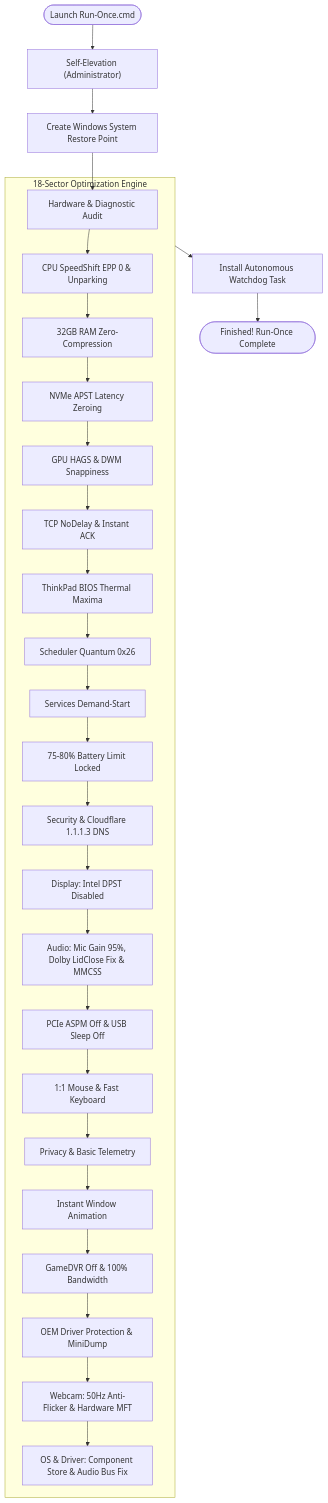
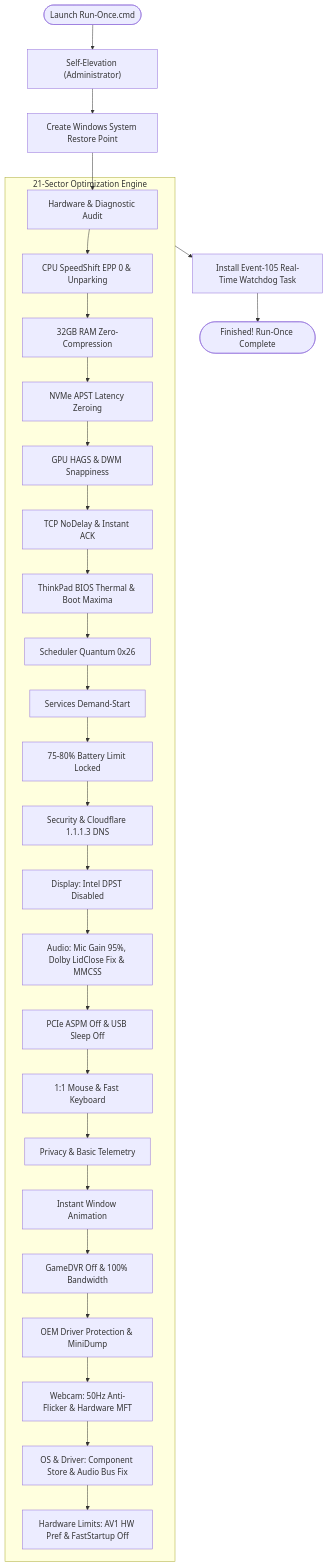
One commit to ShoumikBalaSomu/Device-Base-Optimization changed the first of 2 diagrams in README.md. Above: the diagram before and after it, drawn with Mermaid. The commit also changed other lines of this file, not shown here.

Commit message:
docs: Update central README matrix, flowchart and 21-sector breakdown

````diff
--- a/README.md
+++ b/README.md
@@ -61,32 +52,33 @@
 ```mermaid
 flowchart TD
     Start(["Launch Run-Once.cmd"]) --> UAC["Self-Elevation (Administrator)"]
     UAC --> Restore["Create Windows System Restore Point"]
     Restore --> Audit["Hardware & Diagnostic Audit"]
     
-    subgraph Execution ["18-Sector Optimization Engine"]
+    subgraph Execution ["21-Sector Optimization Engine"]
         Audit --> S1["CPU SpeedShift EPP 0 & Unparking"]
         S1 --> S2["32GB RAM Zero-Compression"]
         S2 --> S3["NVMe APST Latency Zeroing"]
         S3 --> S4["GPU HAGS & DWM Snappiness"]
         S4 --> S5["TCP NoDelay & Instant ACK"]
-        S5 --> S6["ThinkPad BIOS Thermal Maxima"]
+        S5 --> S6["ThinkPad BIOS Thermal & Boot Maxima"]
         S6 --> S7["Scheduler Quantum 0x26"]
         S7 --> S8["Services Demand-Start"]
         S8 --> S9["75-80% Battery Limit Locked"]
         S9 --> S10["Security & Cloudflare 1.1.1.3 DNS"]
         S10 --> S11["Display: Intel DPST Disabled"]
         S11 --> S12["Audio: Mic Gain 95%, Dolby LidClose Fix & MMCSS"]
         S12 --> S13["PCIe ASPM Off & USB Sleep Off"]
         S13 --> S14["1:1 Mouse & Fast Keyboard"]
         S14 --> S15["Privacy & Basic Telemetry"]
         S15 --> S16["Instant Window Animation"]
         S16 --> S17["GameDVR Off & 100% Bandwidth"]
         S17 --> S18["OEM Driver Protection & MiniDump"]
         S18 --> S19["Webcam: 50Hz Anti-Flicker & Hardware MFT"]
         S19 --> S20["OS & Driver: Component Store & Audio Bus Fix"]
+        S20 --> S21["Hardware Limits: AV1 HW Pref & FastStartup Off"]
     end
     
-    Execution --> Watchdog["Install Autonomous Watchdog Task"]
+    Execution --> Watchdog["Install Event-105 Real-Time Watchdog Task"]
     Watchdog --> Complete(["Finished! Run-Once Complete"])
 ```
````
